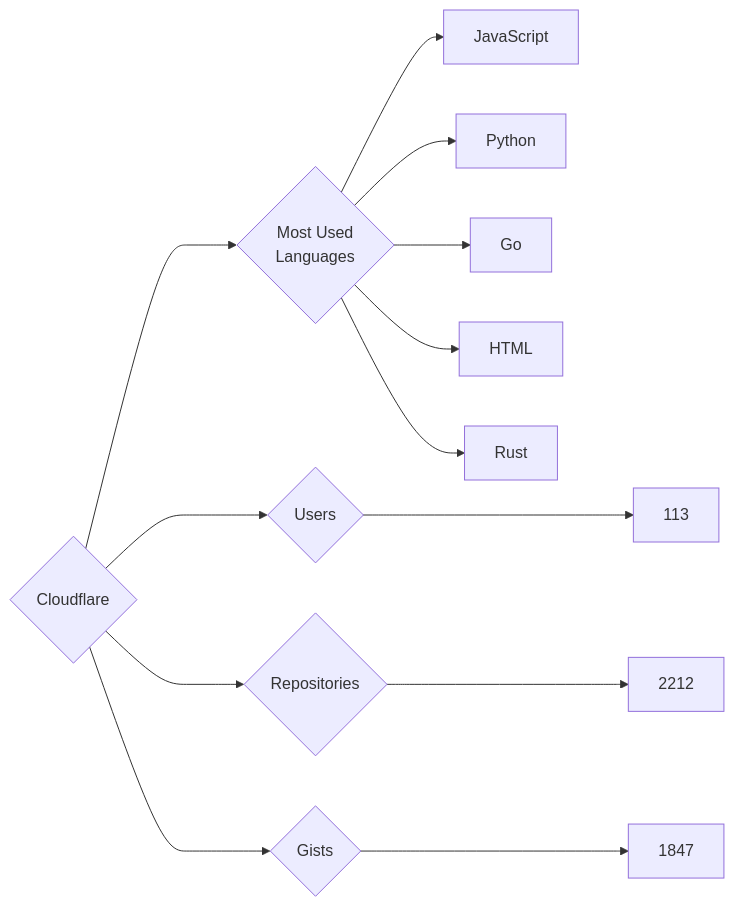
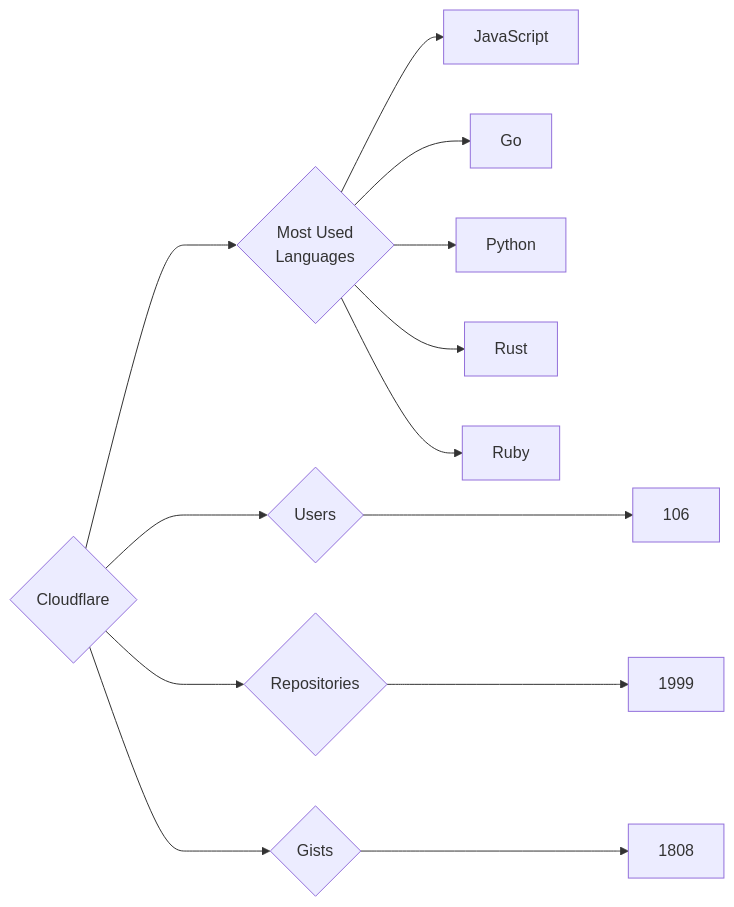
One commit to trickest/insiders changed the diagram in targets/Cloudflare/README.md. Above: the diagram before and after it, drawn with Mermaid. The commit also changed 826 other files, not shown here.

````diff
--- a/targets/Cloudflare/README.md
+++ b/targets/Cloudflare/README.md
@@ -3,13 +3,13 @@
 ```mermaid
 graph LR
 COMPANY_NAME{Cloudflare}
-COMPANY_NAME ---> U{Users} ---> UN[113]
-COMPANY_NAME ---> R{Repositories} ---> RN[2212]
-COMPANY_NAME ---> G{Gists} ---> GN[1847]
+COMPANY_NAME ---> U{Users} ---> UN[106]
+COMPANY_NAME ---> R{Repositories} ---> RN[1999]
+COMPANY_NAME ---> G{Gists} ---> GN[1808]
 COMPANY_NAME ---> ML{Most Used<br>Languages}
 ML --> JavaScript[JavaScript]
+ML --> Go[Go]
 ML --> Python[Python]
-ML --> Go[Go]
-ML --> HTML[HTML]
 ML --> Rust[Rust]
+ML --> Ruby[Ruby]
 ```
````
